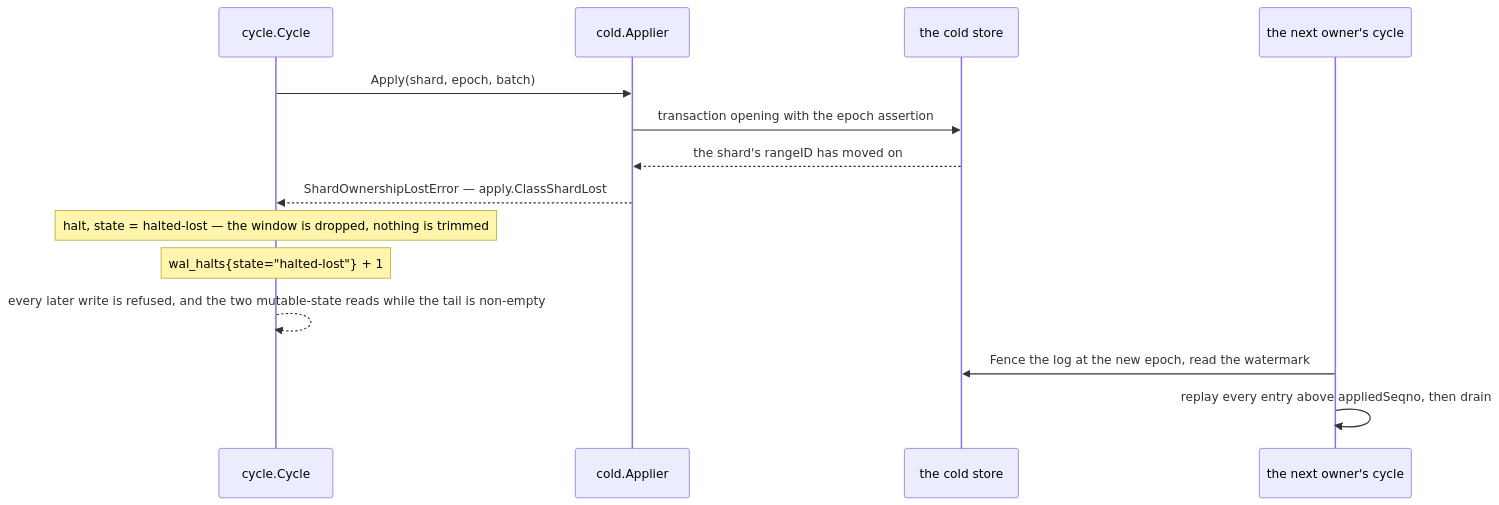
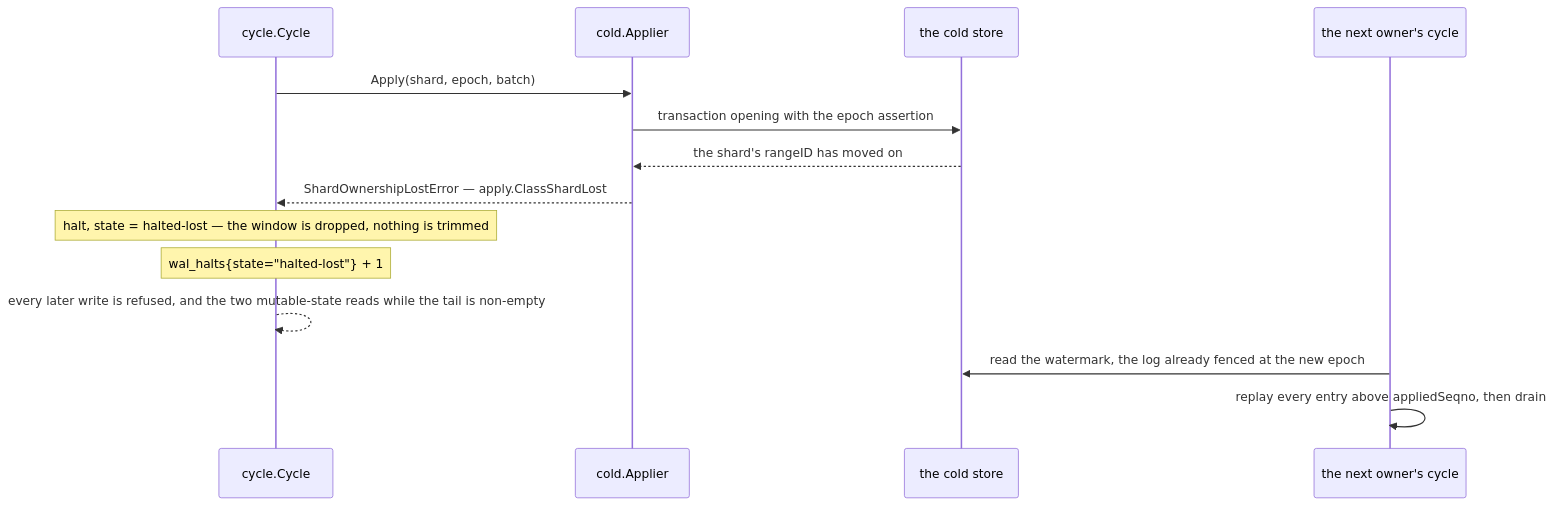
Before and after one commit to aromanovich/waltz: the seventh of 10 diagrams in docs/handbook/05-write-path.md, drawn with Mermaid. The commit also changed other lines of this file and 2 other files, not shown here.

````diff
--- a/docs/handbook/05-write-path.md
+++ b/docs/handbook/05-write-path.md
@@ -437,17 +442,17 @@
 ```mermaid
 sequenceDiagram
   participant CY as cycle.Cycle
   participant AP as cold.Applier
   participant CS as the cold store
   participant NX as the next owner's cycle
 
   CY->>AP: Apply(shard, epoch, batch)
   AP->>CS: transaction opening with the epoch assertion
   CS-->>AP: the shard's rangeID has moved on
   AP-->>CY: ShardOwnershipLostError — apply.ClassShardLost
   Note over CY: halt, state = halted-lost — the window is dropped, nothing is trimmed
   Note over CY: wal_halts{state="halted-lost"} + 1
   CY-->>CY: every later write is refused, and the two mutable-state reads while the tail is non-empty
-  NX->>CS: Fence the log at the new epoch, read the watermark
+  NX->>CS: read the watermark, the log already fenced at the new epoch
   NX->>NX: replay every entry above appliedSeqno, then drain
 ```
````
